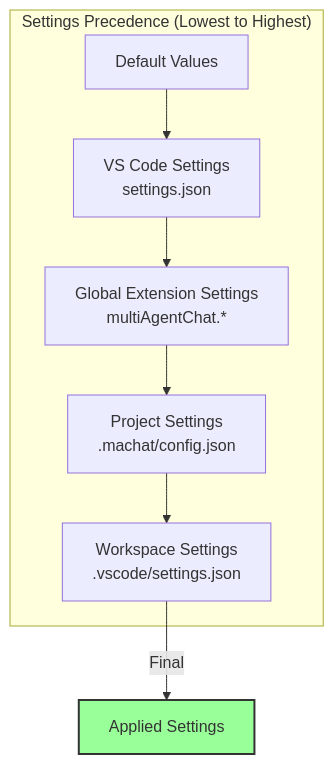
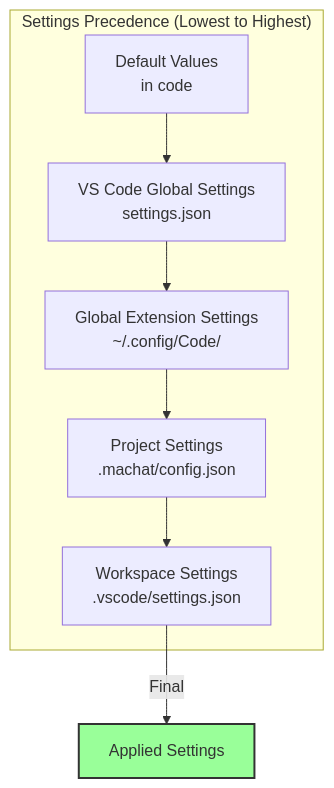
The fourth of 6 diagrams in docs/ARCHITECTURE_DIAGRAM.md (craig-yappert/multi-agent-chat-extension), drawn with Mermaid before and after one commit. The commit also changed other lines of this file, not shown here.

First line of the commit message:
docs: Update ARCHITECTURE_DIAGRAM.md to v1.13.0 accuracy

````diff
--- a/docs/ARCHITECTURE_DIAGRAM.md
+++ b/docs/ARCHITECTURE_DIAGRAM.md
@@ -156,19 +169,19 @@
 ```mermaid
 graph TD
     subgraph "Settings Precedence (Lowest to Highest)"
-        Default[Default Values]
-        VSConfig[VS Code Settings<br/>settings.json]
-        Global[Global Extension Settings<br/>multiAgentChat.*]
+        Default[Default Values<br/>in code]
+        VSConfig[VS Code Global Settings<br/>settings.json]
+        Global[Global Extension Settings<br/>~/.config/Code/]
         Project[Project Settings<br/>.machat/config.json]
         Workspace[Workspace Settings<br/>.vscode/settings.json]
     end
 
     Default --> VSConfig
     VSConfig --> Global
     Global --> Project
     Project --> Workspace
 
     Workspace -->|Final| Applied[Applied Settings]
 
     style Applied fill:#9f9,stroke:#333,stroke-width:2px
 ```
````
